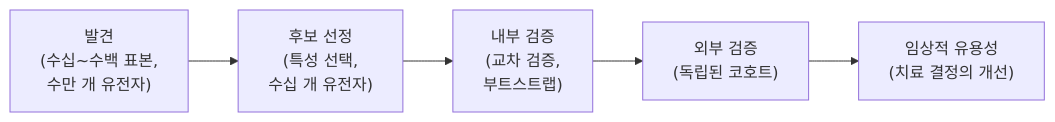
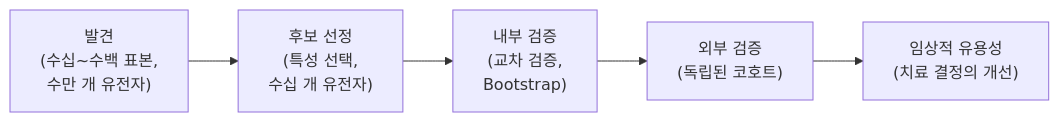
The first of 2 diagrams in Lecture-Notes/Ch10_Biomarker-Discovery-and-Feature-Selection/Concepts_Lecture.ko.md (Choroning/25Fall_Convergence-Informatics), drawn with Mermaid before and after one commit. The commit also changed other lines of this file and 17 other files, not shown here.

````diff
--- a/Lecture-Notes/Ch10_Biomarker-Discovery-and-Feature-Selection/Concepts_Lecture.ko.md
+++ b/Lecture-Notes/Ch10_Biomarker-Discovery-and-Feature-Selection/Concepts_Lecture.ko.md
@@ -137,7 +137,7 @@
 ```mermaid
 flowchart LR
     A["발견<br>(수십~수백 표본,<br>수만 개 유전자)"] --> B["후보 선정<br>(특성 선택,<br>수십 개 유전자)"]
-    B --> C["내부 검증<br>(교차 검증,<br>부트스트랩)"]
+    B --> C["내부 검증<br>(교차 검증,<br>Bootstrap)"]
     C --> D["외부 검증<br>(독립된 코호트)"]
     D --> E["임상적 유용성<br>(치료 결정의 개선)"]
 ```
````
